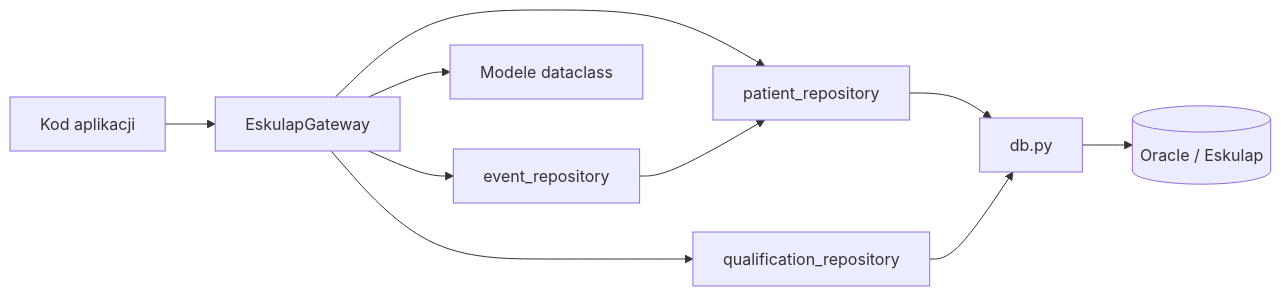
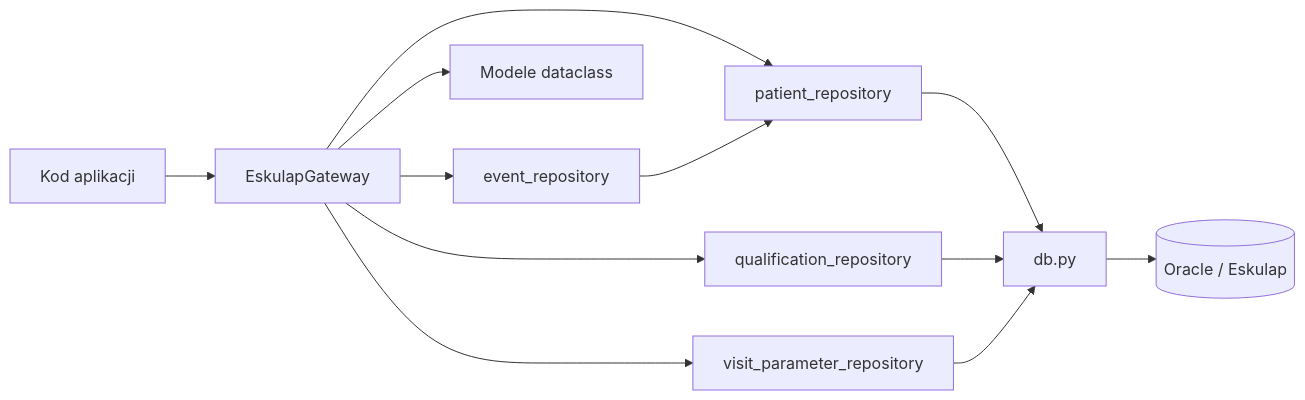
The diagram in docs/API/ESKULAP_GATEWAY.md (psychlodz/panel-koordynatora), drawn with Mermaid before and after one commit. The commit also changed other lines of this file and 27 other files, not shown here.

````diff
--- a/docs/API/ESKULAP_GATEWAY.md
+++ b/docs/API/ESKULAP_GATEWAY.md
@@ -18,12 +18,14 @@
 ```mermaid
 flowchart LR
     C["Kod aplikacji"] --> G["EskulapGateway"]
     G --> P["patient_repository"]
     G --> Q["qualification_repository"]
     G --> E["event_repository"]
+    G --> V["visit_parameter_repository"]
     P --> D["db.py"]
     Q --> D
     E --> P
+    V --> D
     D --> O[("Oracle / Eskulap")]
     G --> M["Modele dataclass"]
 ```
````
